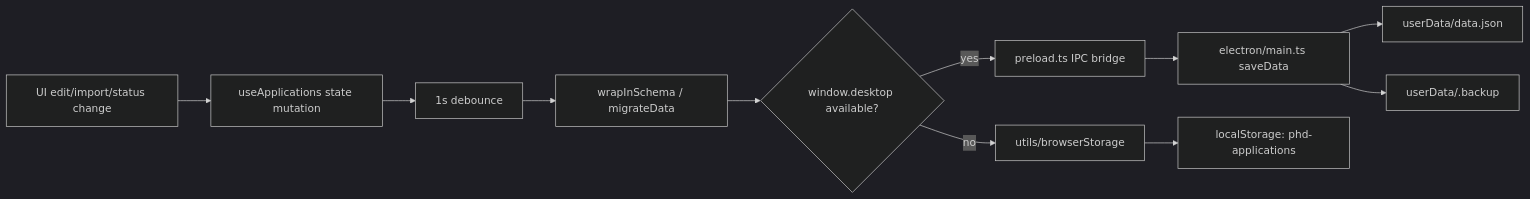
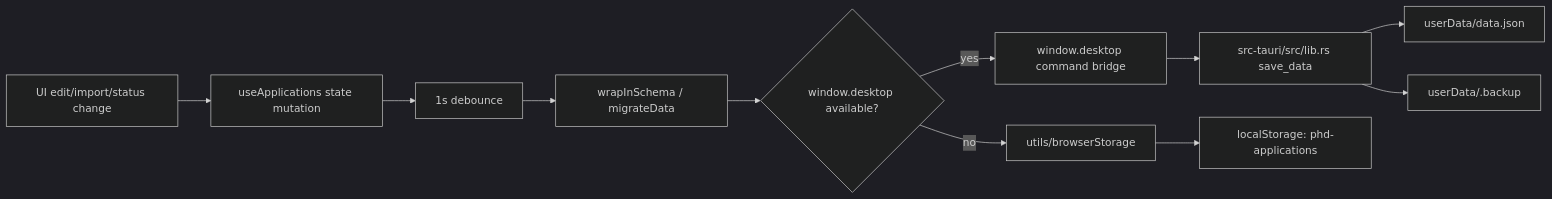
Before and after one commit to bharathvbcr/AcademiaTrack: the third of 3 diagrams in README.md, drawn with Mermaid (dark theme). The commit also changed other lines of this file and 31 other files, not shown here.

````diff
--- a/README.md
+++ b/README.md
@@ -159,13 +160,13 @@
 ```mermaid
 flowchart LR
   Edit["UI edit/import/status change"] --> Hook["useApplications state mutation"]
   Hook --> Debounce["1s debounce"]
   Debounce --> Schema["wrapInSchema / migrateData"]
   Schema --> Desktop{"window.desktop available?"}
-  Desktop -- yes --> IPC["preload.ts IPC bridge"]
-  IPC --> Main["electron/main.ts saveData"]
+  Desktop -- yes --> IPC["window.desktop command bridge"]
+  IPC --> Main["src-tauri/src/lib.rs save_data"]
   Main --> Disk["userData/data.json"]
   Main --> Backup["userData/.backup"]
   Desktop -- no --> Browser["utils/browserStorage"]
   Browser --> LS["localStorage: phd-applications"]
 ```
````
